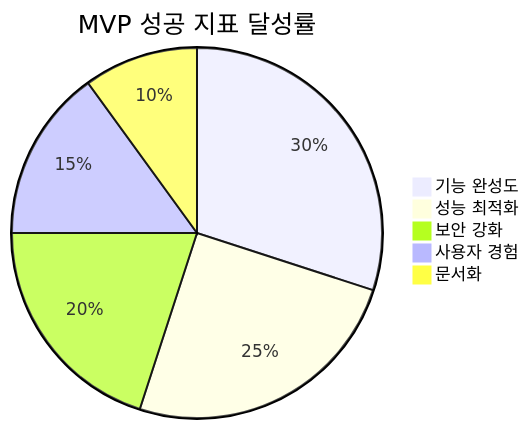
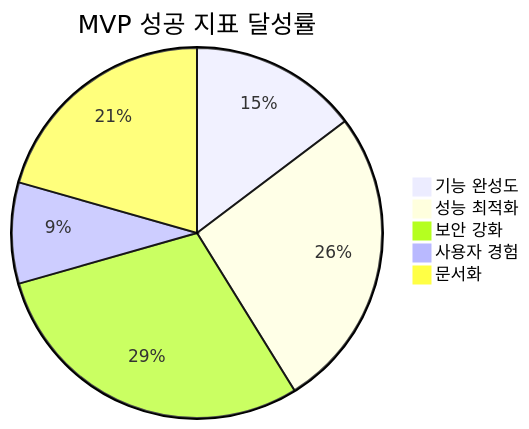
Before and after one commit to positivemultiplier/posmul: the fourth of 4 diagrams in docs/study-cycle/reports/study-cycle-task-list.md, drawn with Mermaid. The commit also changed other lines of this file and 118 other files, not shown here.

````diff
--- a/docs/study-cycle/reports/study-cycle-task-list.md
+++ b/docs/study-cycle/reports/study-cycle-task-list.md
@@ -358,8 +442,8 @@
 ```mermaid
 pie title MVP 성공 지표 달성률
-    "기능 완성도" : 30
-    "성능 최적화" : 25
-    "보안 강화" : 20
-    "사용자 경험" : 15
-    "문서화" : 10
+    "기능 완성도" : 50
+    "성능 최적화" : 90
+    "보안 강화" : 100
+    "사용자 경험" : 30
+    "문서화" : 70
 ```
````
